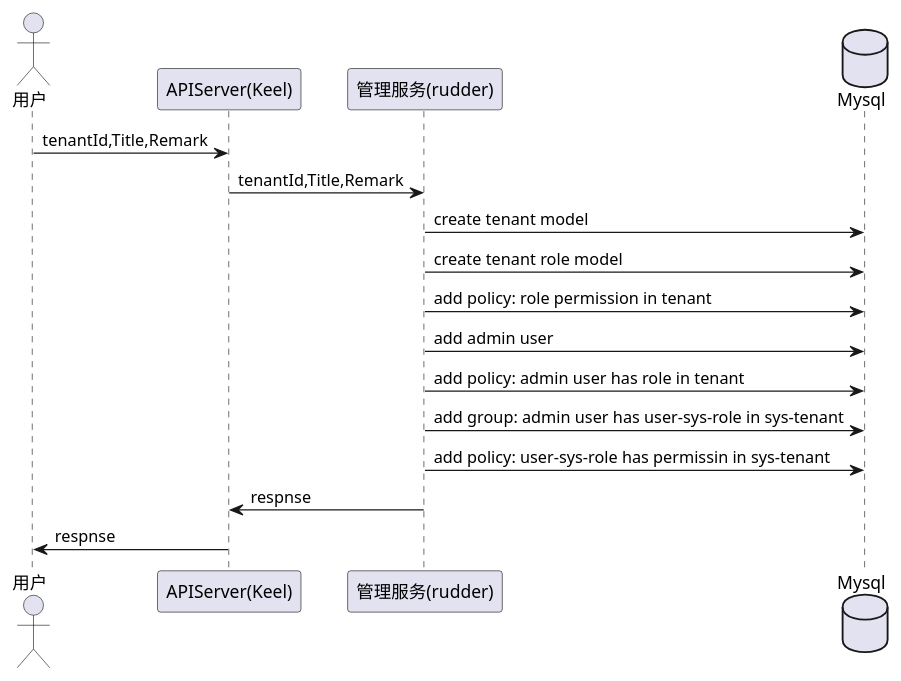
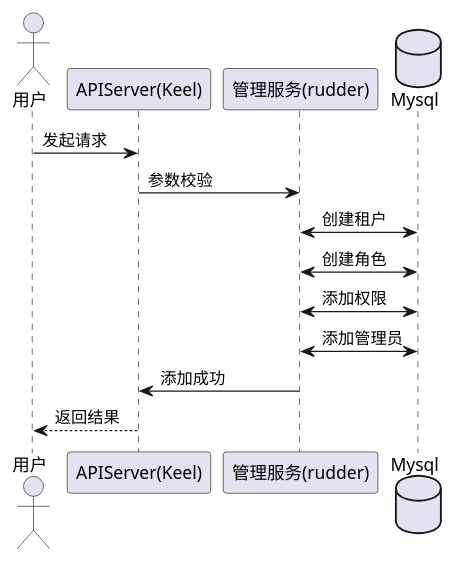
The first of 6 diagrams in docs/api/appendix/plantuml/tenant-manager-admin.md (tkeel-io/docs), drawn with PlantUML before and after one commit. The commit also changed other lines of this file, not shown here.

````diff
--- a/docs/api/appendix/plantuml/tenant-manager-admin.md
+++ b/docs/api/appendix/plantuml/tenant-manager-admin.md
@@ -6,20 +6,18 @@
 ```plantuml
 @startuml
 actor 用户 as user
 participant "APIServer(Keel)"  as keel
 participant "管理服务(rudder)"  as tenantService
 database "Mysql" as rbacOp
 
-user->keel:tenantId,Title,Remark
-keel->tenantService:tenantId,Title,Remark
-tenantService->rbacOp:create tenant model
-tenantService->rbacOp:create tenant role model
-tenantService->rbacOp:add policy: role permission in tenant
-tenantService->rbacOp:add admin user
-tenantService->rbacOp:add policy: admin user has role in tenant
-tenantService->rbacOp:add group: admin user has user-sys-role in sys-tenant
-tenantService->rbacOp:add policy: user-sys-role has permissin in sys-tenant
-tenantService->keel:respnse
-keel->user:respnse
+user->keel:发起请求
+keel->tenantService:参数校验
+tenantService<->rbacOp:创建租户
+tenantService<->rbacOp:创建角色
+tenantService<->rbacOp:添加权限
+tenantService<->rbacOp:添加管理员
+
+tenantService->keel:添加成功
+keel-->user:返回结果
 @enduml
 ```
````
